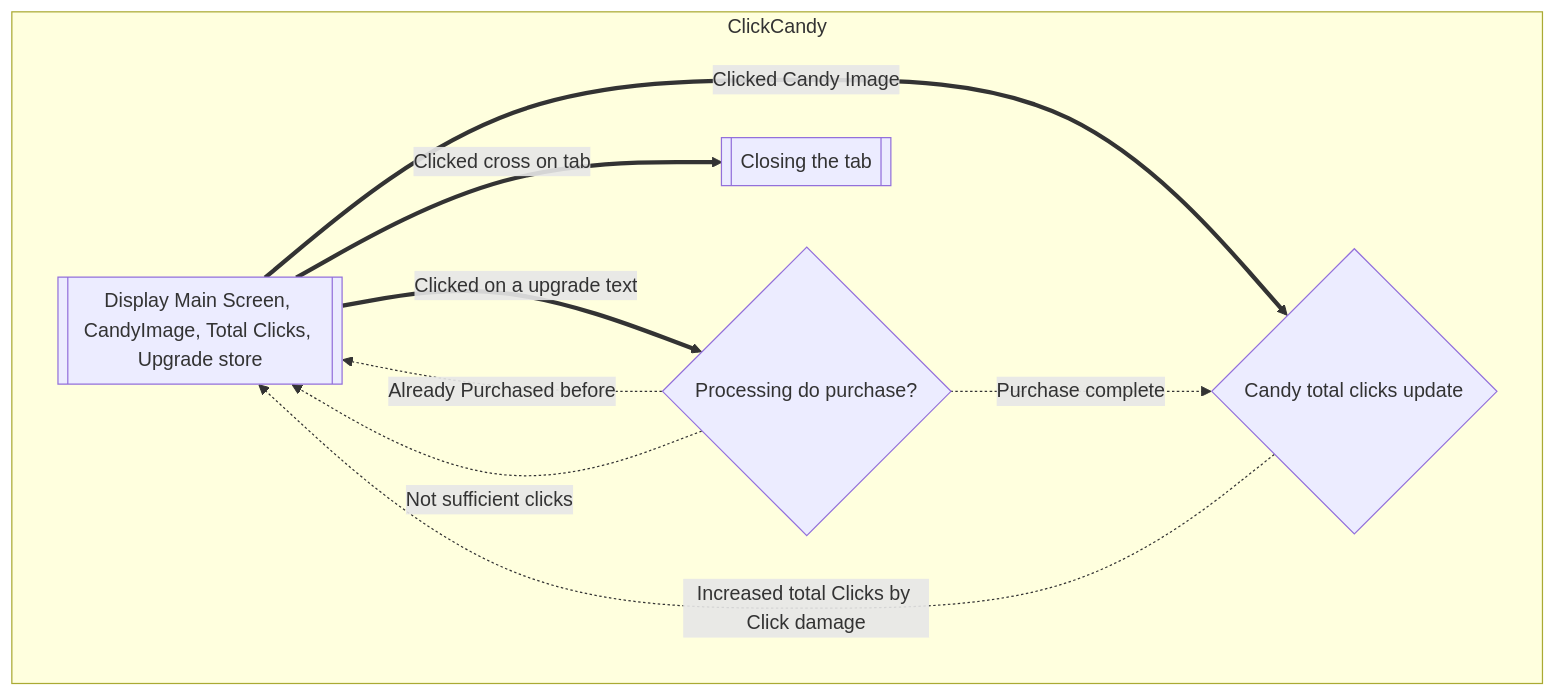
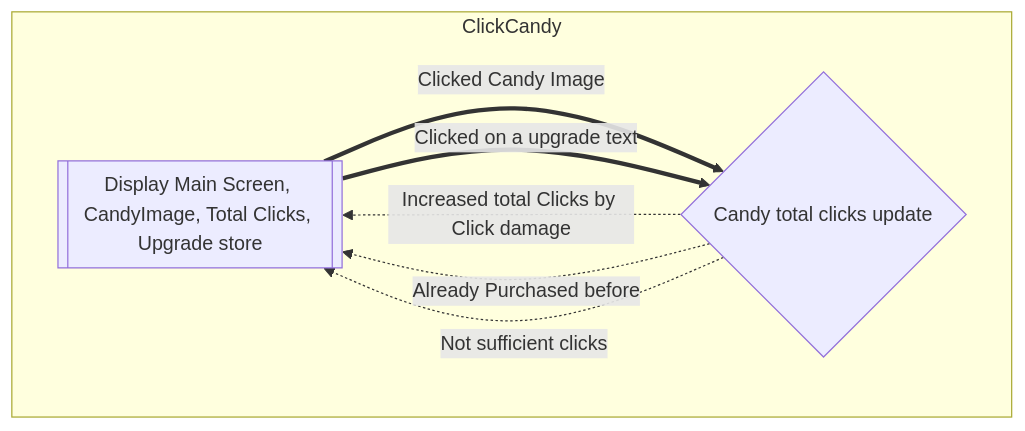
Before and after one commit to mahmudl-1/2452-Clicker: the diagram in flows.md, drawn with Mermaid. The commit also changed 4 other files, not shown here.

````diff
--- a/flows.md
+++ b/flows.md
@@ -8,20 +8,14 @@
 ```mermaid
 flowchart 
     subgraph ClickCandy 
         DisplayMain[[Display Main Screen, CandyImage, Total Clicks, Upgrade store]]
         
         UpdateDisplay{Candy total clicks update}
         DisplayMain==Clicked Candy Image==>UpdateDisplay
         UpdateDisplay-.Increased total Clicks by Click damage.->DisplayMain
         
-        AttemptingPurchase{Processing do purchase?}
-        DisplayMain==Clicked on a upgrade text==>AttemptingPurchase
-        AttemptingPurchase-.Already Purchased before.->DisplayMain
-        AttemptingPurchase-.Not sufficient clicks.->DisplayMain
-        AttemptingPurchase-.Purchase complete.->UpdateDisplay
-        
-        
-        DisplayMain==Clicked cross on tab==>End
-        End[[Closing the tab]]
+        DisplayMain==Clicked on a upgrade text==>UpdateDisplay
+        UpdateDisplay-.Already Purchased before.->DisplayMain
+        UpdateDisplay-.Not sufficient clicks.->DisplayMain
     end
 ```
````
